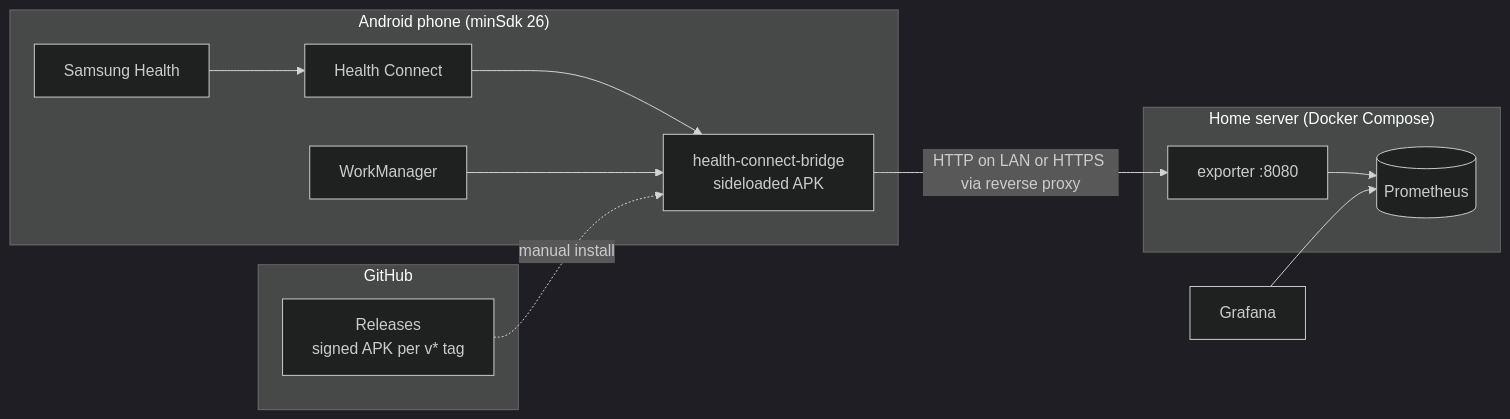
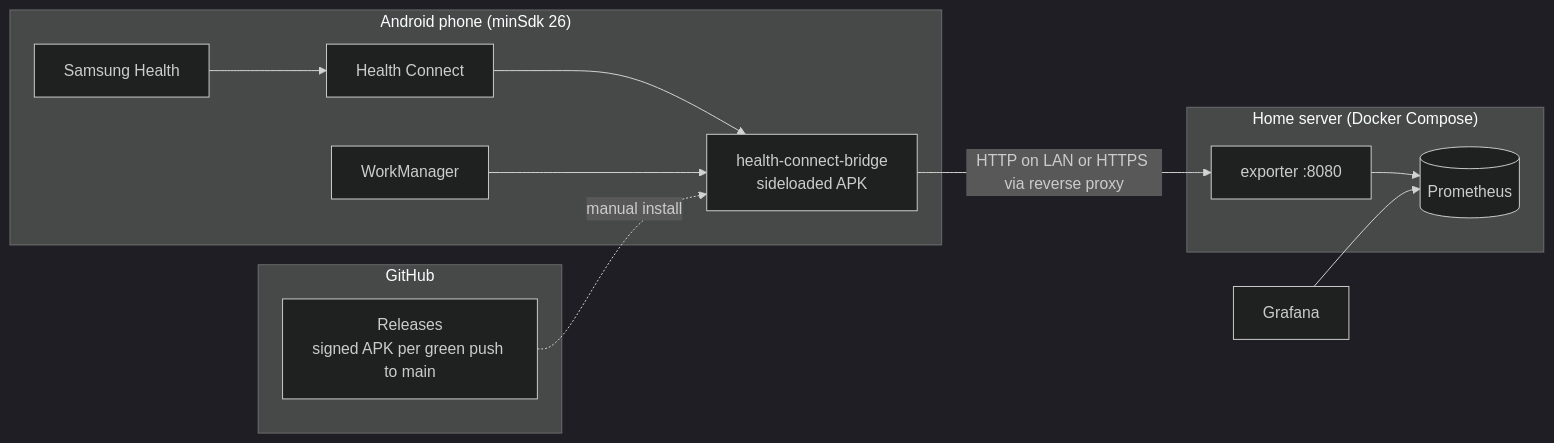
One commit to MateuxLucax/health-connect-bridge changed the third of 4 diagrams in docs/architecture.md. Above: the diagram before and after it, drawn with Mermaid (dark theme). The commit also changed other lines of this file and 25 other files, not shown here.

````diff
--- a/docs/architecture.md
+++ b/docs/architecture.md
@@ -98,19 +100,19 @@
 ```mermaid
 flowchart LR
     subgraph gh["GitHub"]
-        rel["Releases<br/>signed APK per v* tag"]
+        rel["Releases<br/>signed APK per green push to main"]
     end
     subgraph phone["Android phone (minSdk 26)"]
         sh["Samsung Health"] --> hc["Health Connect"]
         hc --> app["health-connect-bridge<br/>sideloaded APK"]
         wm["WorkManager"] --> app
     end
     subgraph server["Home server (Docker Compose)"]
         exp["exporter :8080"]
         prom[("Prometheus")]
         exp --> prom
     end
     rel -.->|manual install| app
     app -->|"HTTP on LAN or HTTPS via reverse proxy"| exp
     graf["Grafana"] --> prom
 ```
````
